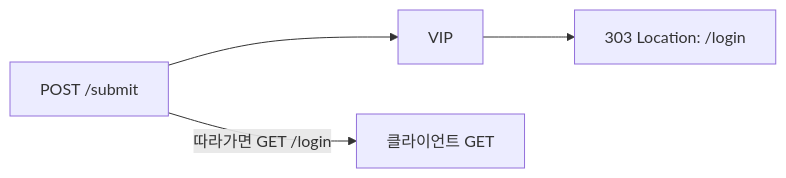
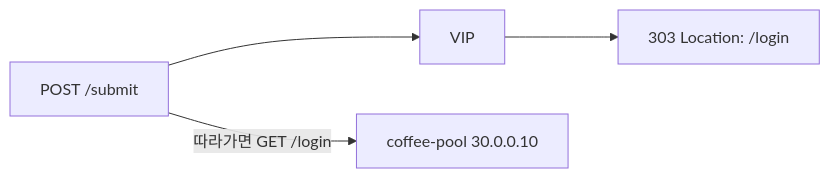
One commit to mink0119/2609_f5bnk changed the diagram in HTTP_Routing/2.13_HTTPRedirect_StatusCode_303/README.md. Above: the diagram before and after it, drawn with Mermaid. The commit also changed other lines of this file and 3 other files, not shown here.

````diff
--- a/HTTP_Routing/2.13_HTTPRedirect_StatusCode_303/README.md
+++ b/HTTP_Routing/2.13_HTTPRedirect_StatusCode_303/README.md
@@ -5,6 +5,6 @@
 ```mermaid
 flowchart LR
   C["POST /submit"] --> VIP[VIP]
   VIP --> R["303 Location: /login"]
-  C -->|"따라가면 GET /login"| X[클라이언트 GET]
+  C -->|"따라가면 GET /login"| P["coffee-pool 30.0.0.10"]
 ```
````
